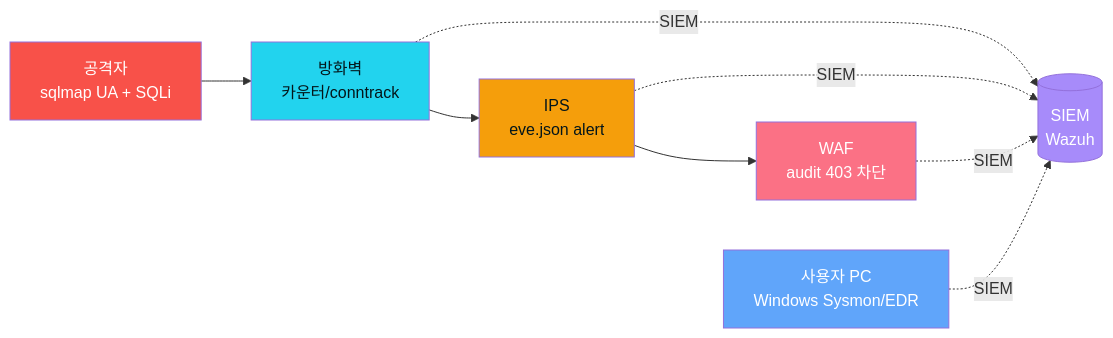
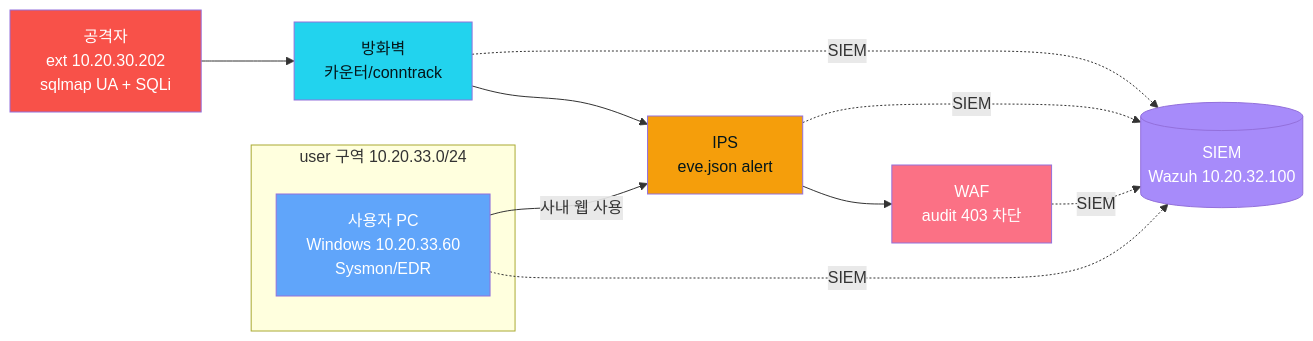
The diagram in contents/standalone/lecture/secuops-easy/lecture_week06.md (mrgrit/ccc), drawn with Mermaid before and after one commit. The commit also changed other lines of this file and 7 other files, not shown here.

First line of the commit message:
docs(secuops-easy): user zone 10.20.33.60 으로 Windows 이동 + 학습 메시지 재작성

````diff
--- a/contents/standalone/lecture/secuops-easy/lecture_week06.md
+++ b/contents/standalone/lecture/secuops-easy/lecture_week06.md
@@ -96,17 +96,20 @@
 ```mermaid
 graph LR
-    A[공격자<br/>sqlmap UA + SQLi] --> FW[방화벽<br/>카운터/conntrack]
+    A[공격자<br/>ext 10.20.30.202<br/>sqlmap UA + SQLi] --> FW[방화벽<br/>카운터/conntrack]
     FW --> IPS[IPS<br/>eve.json alert]
     IPS --> WAF[WAF<br/>audit 403 차단]
-    WIN[사용자 PC<br/>Windows Sysmon/EDR]
-    FW -.SIEM.-> S[(SIEM<br/>Wazuh)]
+    subgraph USER["user 구역 10.20.33.0/24"]
+        WIN[사용자 PC<br/>Windows 10.20.33.60<br/>Sysmon/EDR]
+    end
+    WIN -- 사내 웹 사용 --> IPS
+    FW -.SIEM.-> S[(SIEM<br/>Wazuh 10.20.32.100)]
     IPS -.SIEM.-> S
     WAF -.SIEM.-> S
     WIN -.SIEM.-> S
     style A fill:#f85149,color:#fff
     style FW fill:#22d3ee,color:#04161a
     style IPS fill:#f59e0b,color:#04161a
     style WAF fill:#fb7185,color:#fff
     style WIN fill:#60a5fa,color:#fff
     style S fill:#a78bfa,color:#fff
 ```
````
